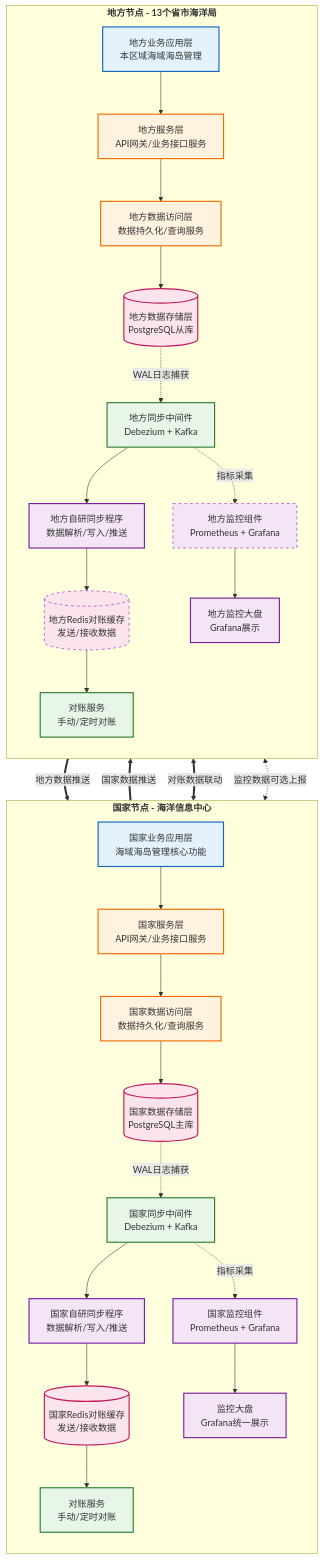
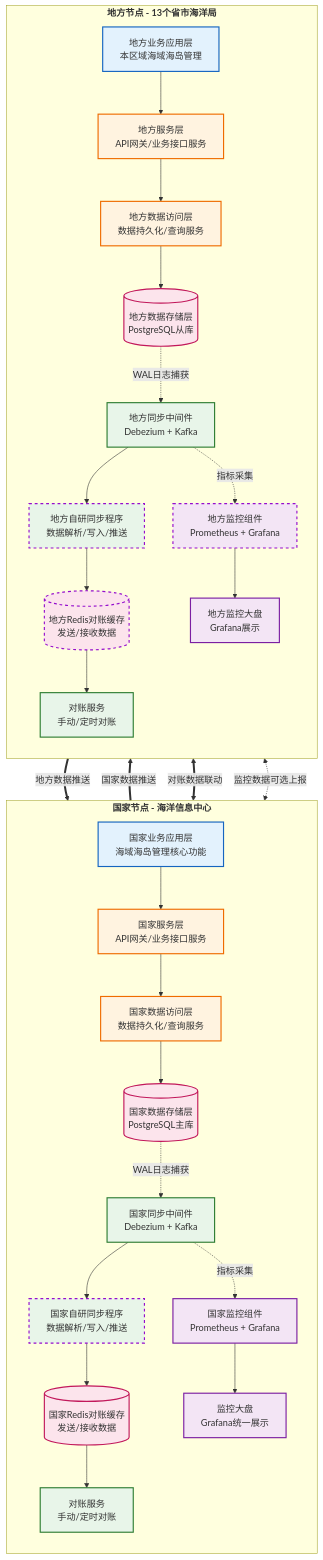
Before and after one commit to MyJohn2/iodraw-files: the diagram in all/未命名-1.md, drawn with Mermaid.

Commit message:
2026-03-03 18:51:53 update

````diff
--- a/all/未命名-1.md
+++ b/all/未命名-1.md
@@ -1,71 +1,71 @@
 ```mermaid
 flowchart TD
     %% 定义样式
     classDef app fill:#e3f2fd,stroke:#1565c0,stroke-width:2px;
     classDef service fill:#fff3e0,stroke:#ef6c00,stroke-width:2px;
     classDef data fill:#fce4ec,stroke:#c2185b,stroke-width:2px;
     classDef sync fill:#e8f5e9,stroke:#2e7d32,stroke-width:2px;
     classDef monitor fill:#f3e5f5,stroke:#7b1fa2,stroke-width:2px;
-    classDef linkLine stroke:#950DCD,stroke-width:1px,stroke-dasharray: 5 5;
+    classDef linkLine stroke:#950DCD,stroke-width:2px,stroke-dasharray: 5 5;
 
     %% 国家节点 - 修复了标题括号问题
     subgraph NationNode [<B>国家节点 - 海洋信息中心]
         direction TB
         A1[国家业务应用层<br/>海域海岛管理核心功能]:::app
         B1[国家服务层<br/>API网关/业务接口服务]:::service
         C1[国家数据访问层<br/>数据持久化/查询服务]:::service
         D1[(国家数据存储层<br/>PostgreSQL主库)]:::data
         E1[国家同步中间件<br/>Debezium + Kafka]:::sync
         F1[国家自研同步程序<br/>数据解析/写入/推送]:::sync
         G1[(国家Redis对账缓存<br/>发送/接收数据)]:::data
         H1[国家监控组件<br/>Prometheus + Grafana]:::monitor
         I1[对账服务<br/>手动/定时对账]:::sync
         J1[监控大盘<br/>Grafana统一展示]:::monitor
 
         A1 --> B1
         B1 --> C1
         C1 --> D1
         D1 -.->|WAL日志捕获 | E1
         E1 --> F1
         F1 --> G1
         E1 -.->|指标采集 | H1
         G1 --> I1
         H1 --> J1
     end
     
     %% 地方节点 - 修复了标题括号问题
     subgraph LocalNode [<B>地方节点 - 13个省市海洋局]
         direction TB
         A2[地方业务应用层<br/>本区域海域海岛管理]:::app
         B2[地方服务层<br/>API网关/业务接口服务]:::service
         C2[地方数据访问层<br/>数据持久化/查询服务]:::service
         D2[(地方数据存储层<br/>PostgreSQL从库)]:::data
         E2[地方同步中间件<br/>Debezium + Kafka]:::sync
         F2[地方自研同步程序<br/>数据解析/写入/推送]:::sync
         G2[(地方Redis对账缓存<br/>发送/接收数据)]:::data
         H2[地方监控组件<br/>Prometheus + Grafana]:::monitor
         I2[对账服务<br/>手动/定时对账]:::sync
         J2[地方监控大盘<br/>Grafana展示]:::monitor
 
         A2 --> B2
         B2 --> C2
         C2 --> D2
         D2 -.->|WAL日志捕获 | E2
         E2 --> F2
         F2 --> G2
         E2 -.->|指标采集 | H2
         G2 --> I2
         H2 --> J2
     end
     
     %% 跨节点交互
-    E2 ==>|地方数据推送 | F1:::monitor
-    E1 ==>|国家数据推送 | F2:::monitor
+    E2 ==>|地方数据推送 | F1:::linkLine
+    E1 ==>|国家数据推送 | F2:::linkLine
     G1 <==>|对账数据联动 | G2:::linkLine
     H1 <-.->|监控数据可选上报 | H2:::linkLine
     
 
 
 
 
 ```
````
